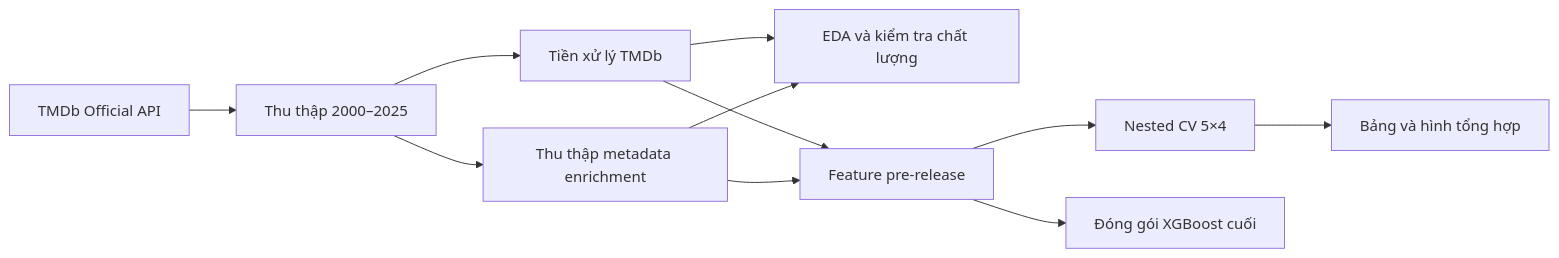
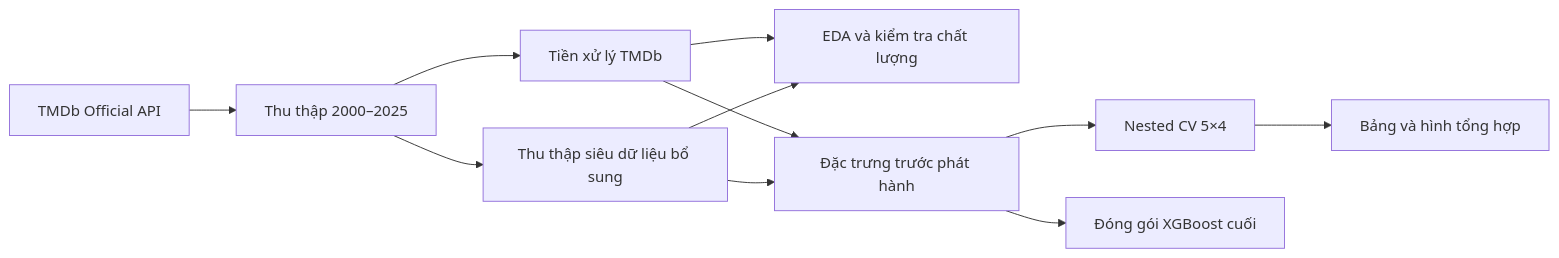
The diagram in README.md (AlizCuli/movie-success-analysis), drawn with Mermaid before and after one commit. The commit also changed other lines of this file and 15 other files, not shown here.

````diff
--- a/README.md
+++ b/README.md
@@ -81,13 +85,13 @@
 ```mermaid
 flowchart LR
     A["TMDb Official API"] --> B["Thu thập 2000–2025"]
     B --> C["Tiền xử lý TMDb"]
-    B --> D["Thu thập metadata enrichment"]
+    B --> D["Thu thập siêu dữ liệu bổ sung"]
     C --> E["EDA và kiểm tra chất lượng"]
     D --> E
-    C --> F["Feature pre-release"]
+    C --> F["Đặc trưng trước phát hành"]
     D --> F
     F --> G["Nested CV 5×4"]
     G --> H["Bảng và hình tổng hợp"]
     F --> I["Đóng gói XGBoost cuối"]
 ```
````
